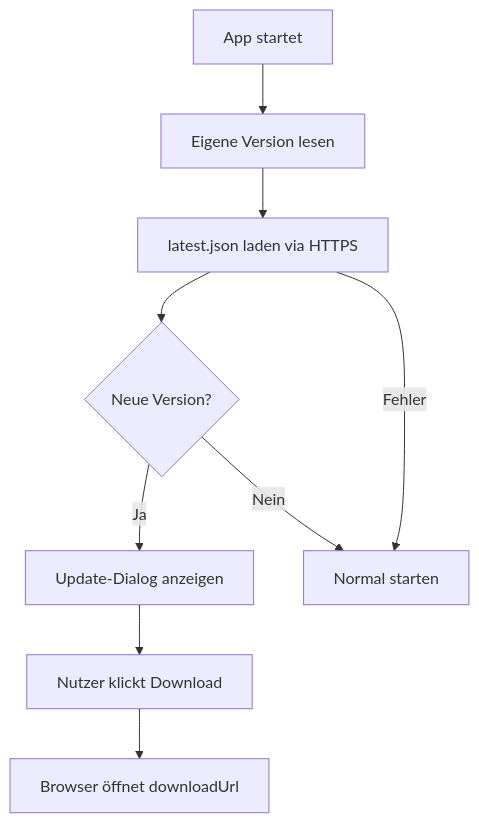
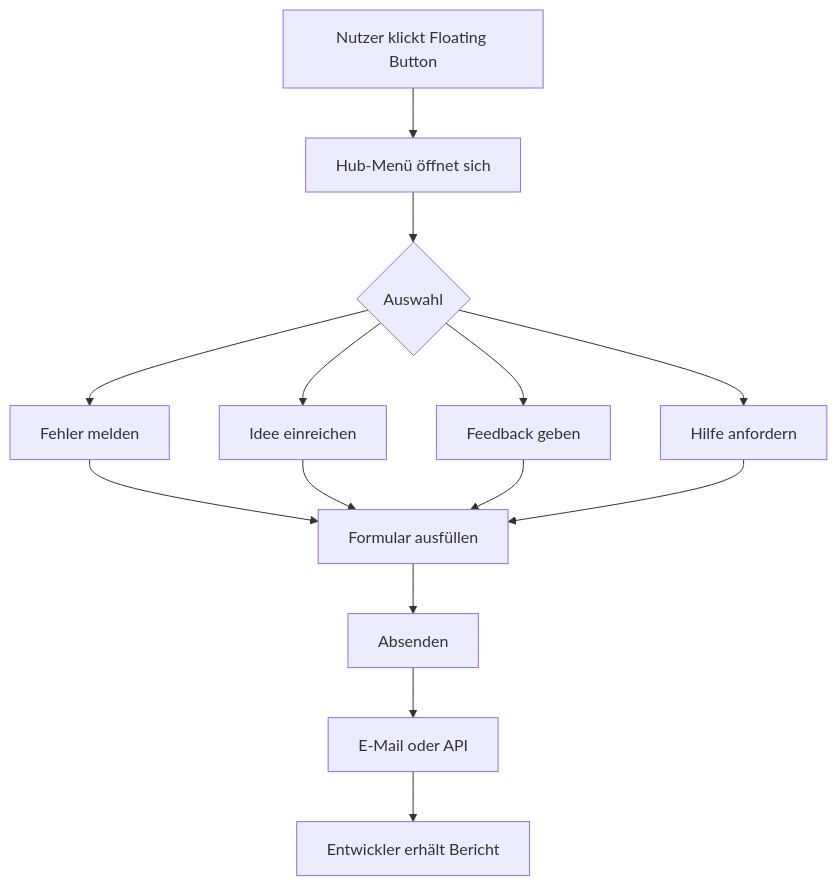
The diagram in skill/SKILL.md (MichaelGahnDESIGN/MGD-Bugreport-Skill), drawn with Mermaid before and after one commit. The commit also changed other lines of this file and 76 other files, not shown here.

````diff
--- a/skill/SKILL.md
+++ b/skill/SKILL.md
@@ -222,11 +268,16 @@
 ```mermaid
 flowchart TD
-    A[App startet] --> B[Eigene Version lesen]
-    B --> C[latest.json laden via HTTPS]
-    C --> D{Neue Version?}
-    D -- Ja --> E[Update-Dialog anzeigen]
-    D -- Nein --> F[Normal starten]
-    E --> G[Nutzer klickt Download]
-    G --> H[Browser öffnet downloadUrl]
-    C -- Fehler --> F
+    A[Nutzer klickt Floating Button] --> B[Hub-Menü öffnet sich]
+    B --> C{Auswahl}
+    C --> D[Fehler melden]
+    C --> E[Idee einreichen]
+    C --> F[Feedback geben]
+    C --> G[Hilfe anfordern]
+    D --> H[Formular ausfüllen]
+    E --> H
+    F --> H
+    G --> H
+    H --> I[Absenden]
+    I --> J[E-Mail oder API]
+    J --> K[Entwickler erhält Bericht]
 ```
````
